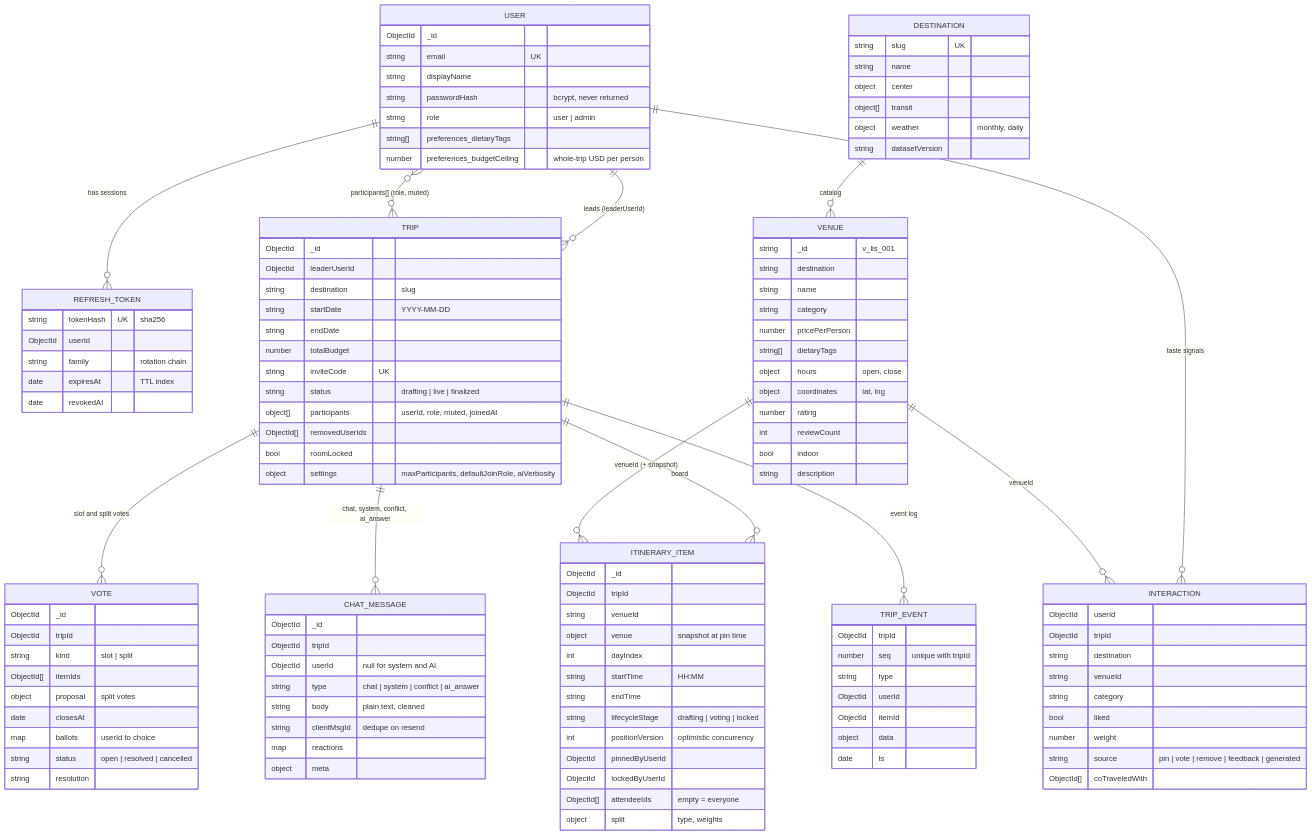
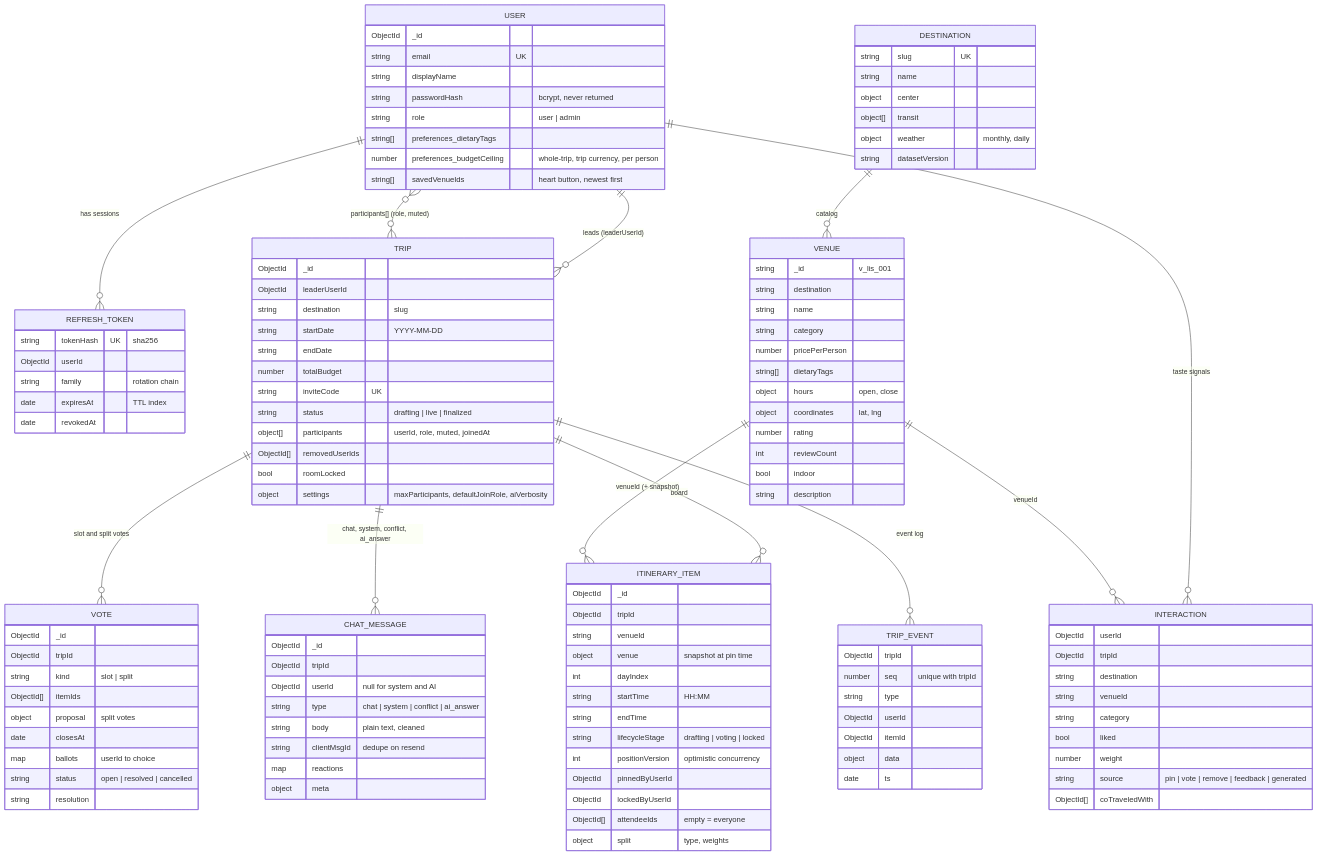
The diagram in docs/DATA-MODEL.md (Dhinesh1628/trip-war-room), drawn with Mermaid before and after one commit. The commit also changed 78 other files, not shown here.

```diff
--- a/docs/DATA-MODEL.md
+++ b/docs/DATA-MODEL.md
@@ -26,7 +26,8 @@
     string passwordHash "bcrypt, never returned"
     string role "user | admin"
     string[] preferences_dietaryTags
-    number preferences_budgetCeiling "whole-trip USD per person"
+    number preferences_budgetCeiling "whole-trip, trip currency, per person"
+    string[] savedVenueIds "heart button, newest first"
   }
   REFRESH_TOKEN {
     string tokenHash UK "sha256"
```
